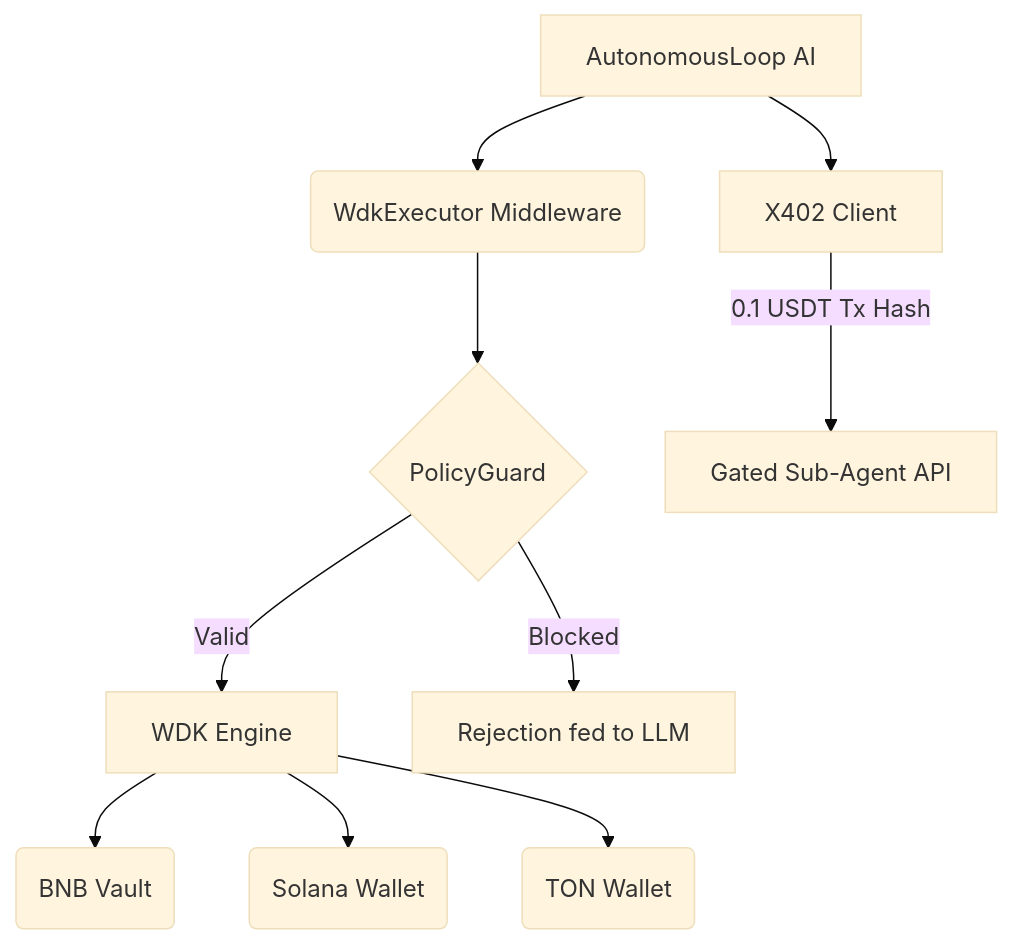
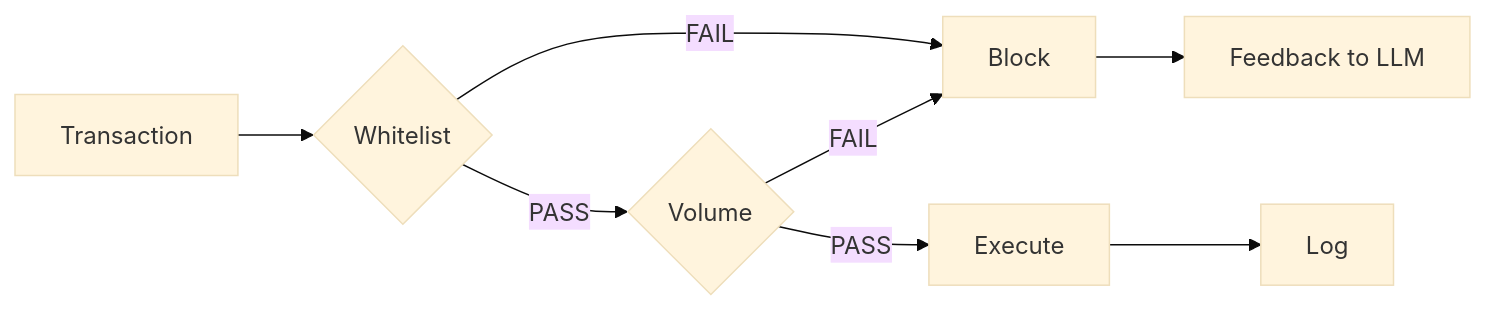
The third of 3 diagrams in README.md (anhquan075/OmniAgent), drawn with Mermaid (base theme) before and after one commit. The commit also changed other lines of this file and 251 other files, not shown here.

````diff
--- a/README.md
+++ b/README.md
@@ -37,12 +78,10 @@
 ```mermaid
-graph TD
-    A[AutonomousLoop AI] --> B(WdkExecutor Middleware)
-    A --> F[X402 Client]
-    B --> C{PolicyGuard}
-    C -- Valid --> D[WDK Engine]
-    C -- Blocked --> E[Rejection fed to LLM]
-    D --> G(BNB Vault)
-    D --> H(Solana Wallet)
-    D --> I(TON Wallet)
-    F -- 0.1 USDT Tx Hash --> J[Gated Sub-Agent API]
+flowchart LR
+    A[Transaction] --> B{Whitelist}
+    B -->|FAIL| E[Block]
+    B -->|PASS| C{Volume}
+    C -->|FAIL| E
+    C -->|PASS| D[Execute]
+    E --> F[Feedback to LLM]
+    D --> G[Log]
 ```
````
